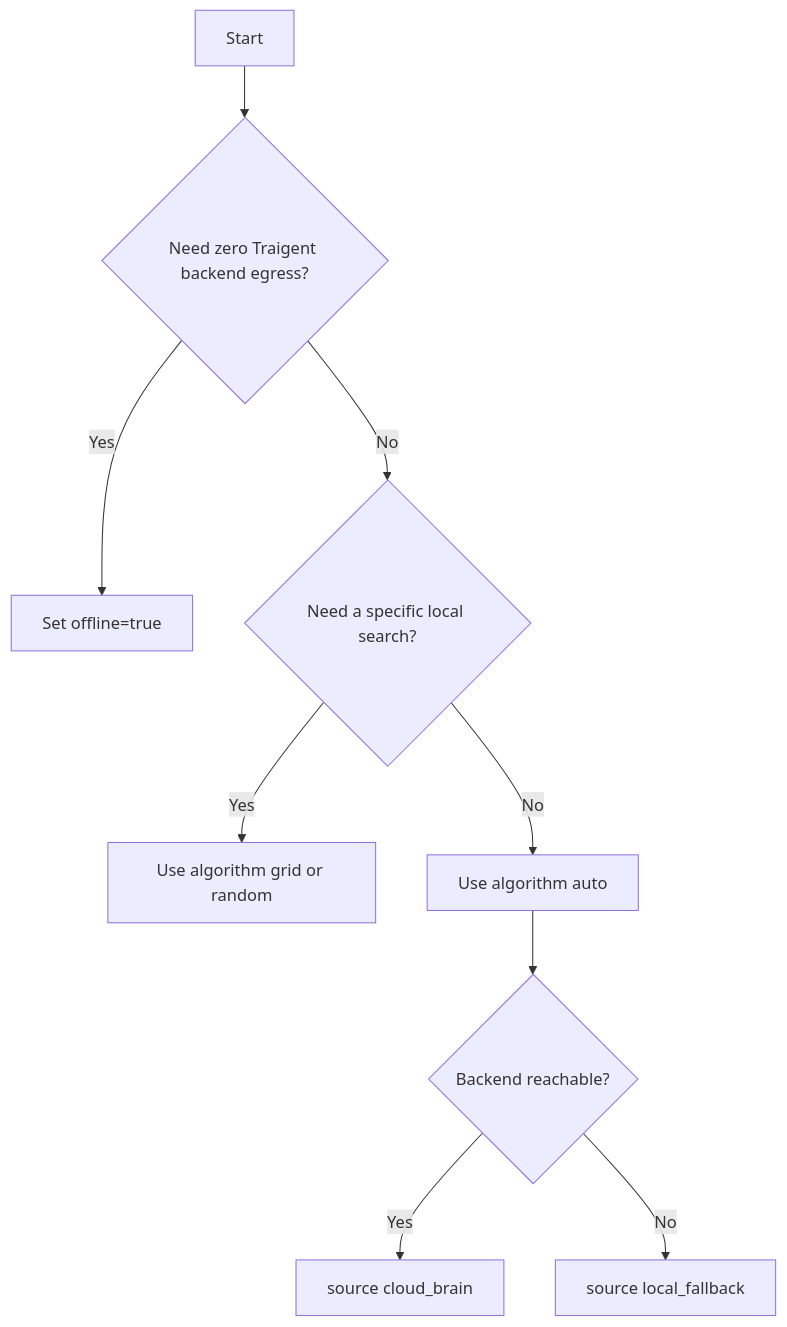
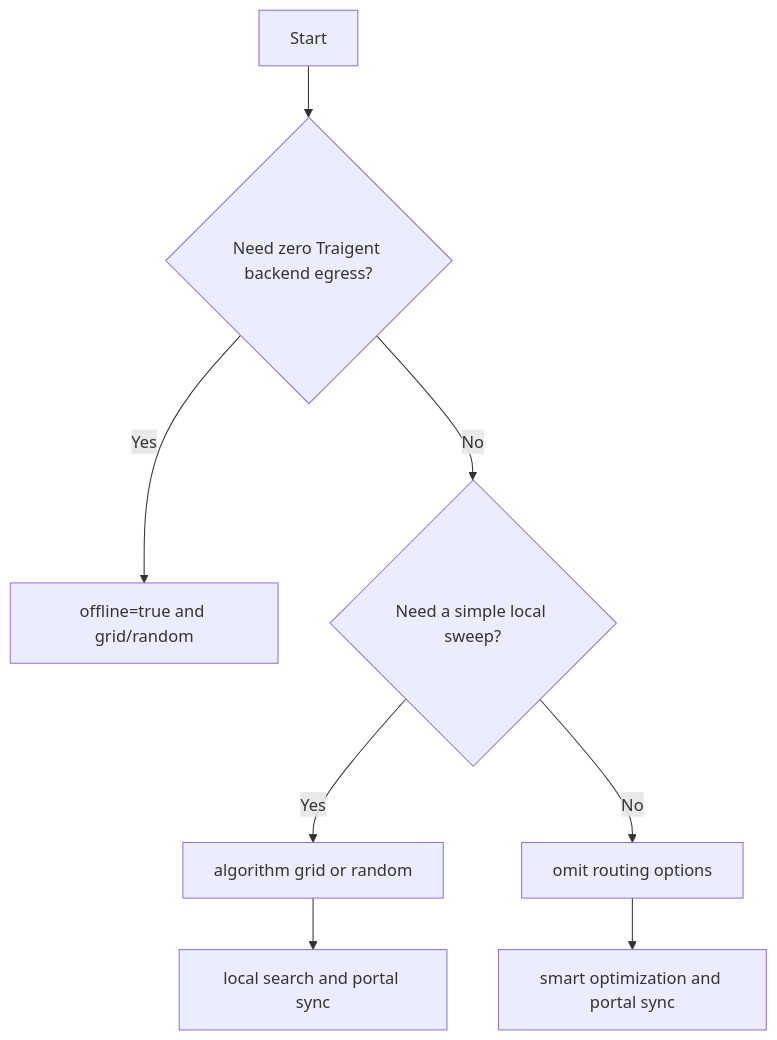
One commit to Traigent/Traigent changed the diagram in docs/user-guide/choosing_optimization_model.md. Above: the diagram before and after it, drawn with Mermaid. The commit also changed other lines of this file and 32 other files, not shown here.

````diff
--- a/docs/user-guide/choosing_optimization_model.md
+++ b/docs/user-guide/choosing_optimization_model.md
@@ -20,11 +17,10 @@
 ```mermaid
 graph TD
     A[Start] --> B{Need zero Traigent backend egress?}
-    B -->|Yes| C[Set offline=true]
-    B -->|No| D{Need a specific local search?}
-    D -->|Yes| E[Use algorithm grid or random]
-    D -->|No| F[Use algorithm auto]
-    F --> G{Backend reachable?}
-    G -->|Yes| H[source cloud_brain]
-    G -->|No| I[source local_fallback]
+    B -->|Yes| C[offline=true and grid/random]
+    B -->|No| D{Need a simple local sweep?}
+    D -->|Yes| E[algorithm grid or random]
+    D -->|No| F[omit routing options]
+    F --> G[smart optimization and portal sync]
+    E --> H[local search and portal sync]
 ```
````
